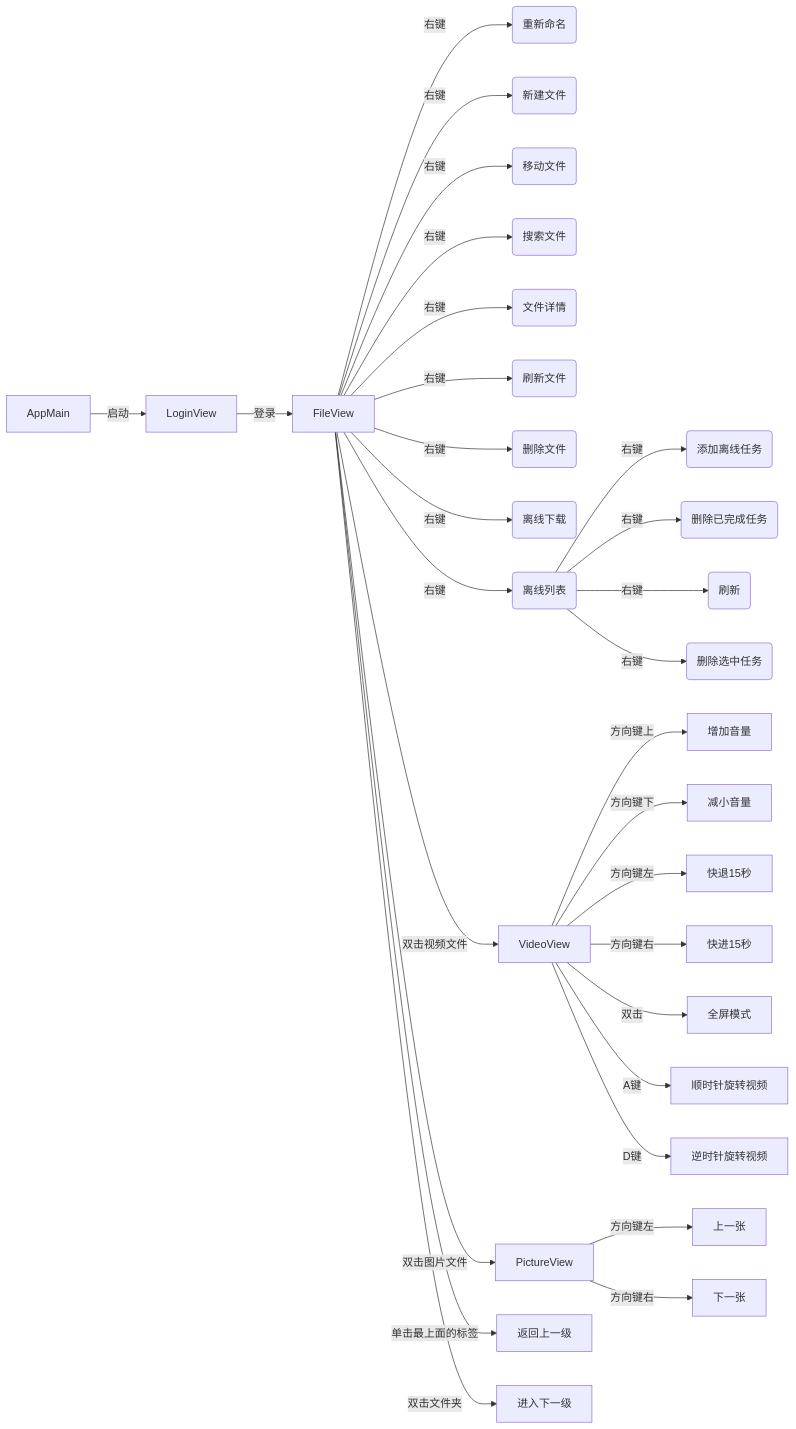
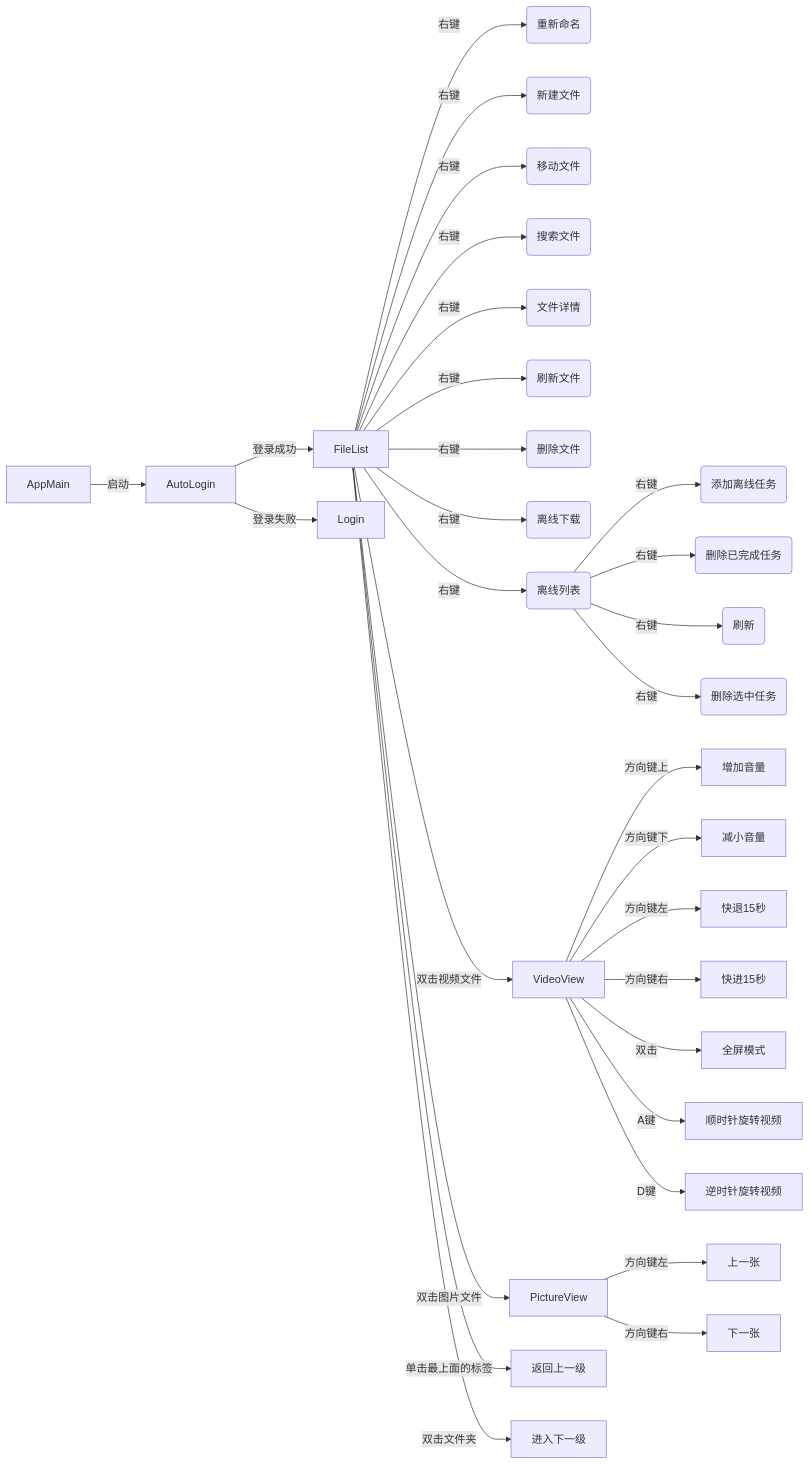
One commit to zerorooot/SixPan changed the diagram in README.md. Above: the diagram before and after it, drawn with Mermaid. The commit also changed other lines of this file, not shown here.

````diff
--- a/README.md
+++ b/README.md
@@ -29,30 +29,31 @@
 ```mermaid
 graph LR;
-AppMain--启动-->LoginView--登录-->FileView
-FileView--右键-->editItem(重新命名)
-FileView--右键-->createFolderItem(新建文件)
-FileView--右键-->moveFileItem(移动文件)
-FileView--右键-->searchFileItem(搜索文件)
-FileView--右键-->fileInfoItem(文件详情)
-FileView--右键-->flushItem(刷新文件)
-FileView--右键-->deleteItem(删除文件)
-FileView--右键-->addOffLineItem(离线下载)
-FileView--右键-->offLineViewltem(离线列表)
+AppMain--启动-->AutoLogin--登录成功-->FileList
+AutoLogin--登录失败-->Login
+FileList--右键-->editItem(重新命名)
+FileList--右键-->createFolderItem(新建文件)
+FileList--右键-->moveFileItem(移动文件)
+FileList--右键-->searchFileItem(搜索文件)
+FileList--右键-->fileInfoItem(文件详情)
+FileList--右键-->flushItem(刷新文件)
+FileList--右键-->deleteItem(删除文件)
+FileList--右键-->addOffLineItem(离线下载)
+FileList--右键-->offLineViewltem(离线列表)
 offLineViewltem--右键-->offLineAdd(添加离线任务)
 offLineViewltem--右键-->deleteComplete(删除已完成任务)
 offLineViewltem--右键-->flush(刷新)
 offLineViewltem--右键-->deleteCurrent(删除选中任务)
-FileView--双击视频文件-->VideoView
+FileList--双击视频文件-->VideoView
 VideoView--方向键上-->增加音量
 VideoView--方向键下-->减小音量
 VideoView--方向键左-->快退15秒
 VideoView--方向键右-->快进15秒
 VideoView--双击-->全屏模式
 VideoView--A键-->顺时针旋转视频
 VideoView--D键-->逆时针旋转视频
-FileView--双击图片文件-->PictureView
+FileList--双击图片文件-->PictureView
 PictureView--方向键左-->上一张
 PictureView--方向键右-->下一张
-FileView--单击最上面的标签-->返回上一级
-FileView--双击文件夹-->进入下一级
+FileList--单击最上面的标签-->返回上一级
+FileList--双击文件夹-->进入下一级
 ```
````
